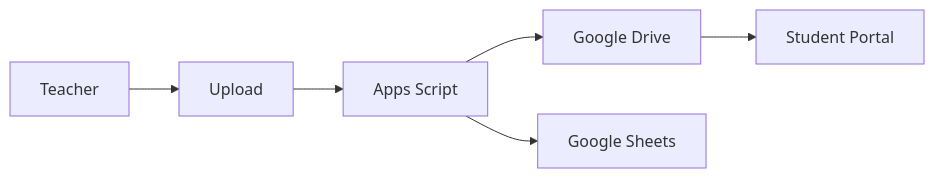
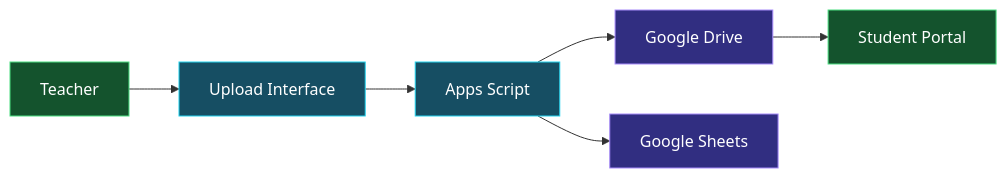
Before and after one commit to heeraOp/heeraOp: the third of 6 diagrams in README.md, drawn with Mermaid. The commit also changed other lines of this file, not shown here.

````diff
--- a/README.md
+++ b/README.md
@@ -121,8 +145,16 @@
 ```mermaid
 flowchart LR
-    A[Teacher] --> B[Upload]
+    A[Teacher] --> B[Upload Interface]
     B --> C[Apps Script]
     C --> D[Google Drive]
     C --> E[Google Sheets]
     D --> F[Student Portal]
+
+    classDef user fill:#14532D,stroke:#4ADE80,color:#fff
+    classDef process fill:#164E63,stroke:#22D3EE,color:#fff
+    classDef storage fill:#312E81,stroke:#A78BFA,color:#fff
+
+    class A,F user
+    class B,C process
+    class D,E storage
 ```
````
